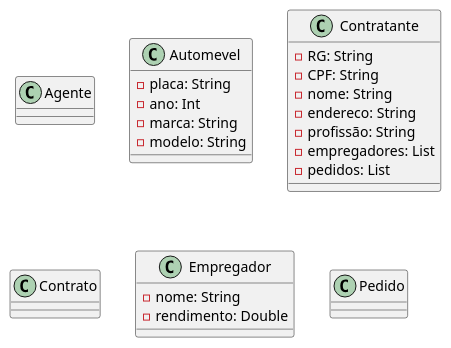
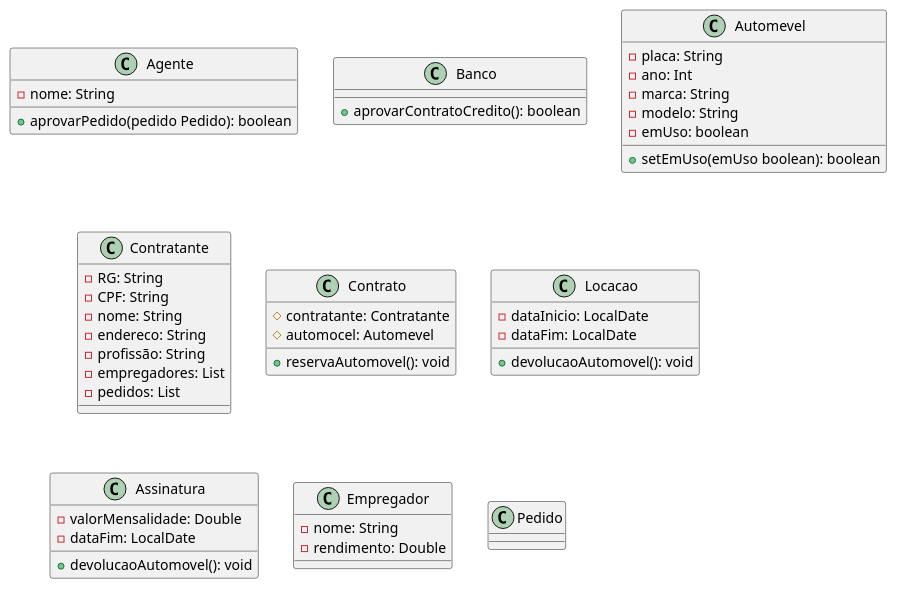
The diagram in docs/diagramas/classes.puml (brunokilo/lab02-aluguel-carros), drawn with PlantUML before and after one commit.

Commit message:
docs: atualizar diagrama de classes com novas classes e atributos

```diff
--- a/docs/diagramas/classes.puml
+++ b/docs/diagramas/classes.puml
@@ -1,37 +1,56 @@
-@startuml diagrama_de_classes_aluguel_de_carros
+@startuml
+class Agente{
+  -nome: String
+  +aprovarPedido(pedido Pedido): boolean
+}
 
-class Agente{
-
+class Banco{
+  +aprovarContratoCredito(): boolean
 }
 
 class Automevel{
   -placa: String
   -ano: Int
   -marca: String
   -modelo: String
+  -emUso: boolean
+  +setEmUso(emUso boolean): boolean
 }
 
 class Contratante {
   -RG: String
   -CPF: String
   -nome: String
   -endereco: String
   -profissão: String
   -empregadores: List
   -pedidos: List
 }
 
 class Contrato{
+  #contratante: Contratante
+  #automocel: Automevel
+  +reservaAutomovel(): void
+}
 
+class Locacao{
+  -dataInicio: LocalDate 
+  -dataFim: LocalDate 
+  +devolucaoAutomovel(): void
+}
+
+class Assinatura{
+  -valorMensalidade: Double 
+  -dataFim: LocalDate 
+  +devolucaoAutomovel(): void
 }
 
 class Empregador{
   -nome: String
   -rendimento: Double
 }
 
 class Pedido{
 
 }
-
 @enduml
```
